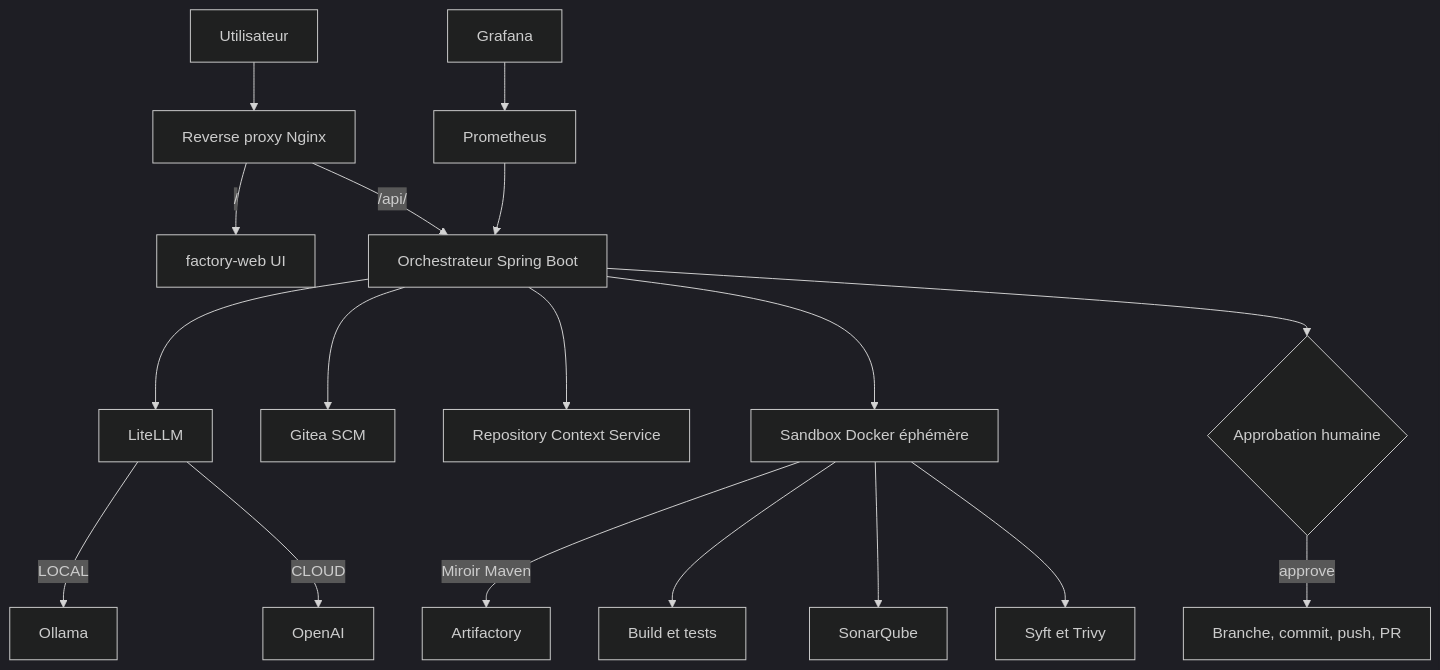
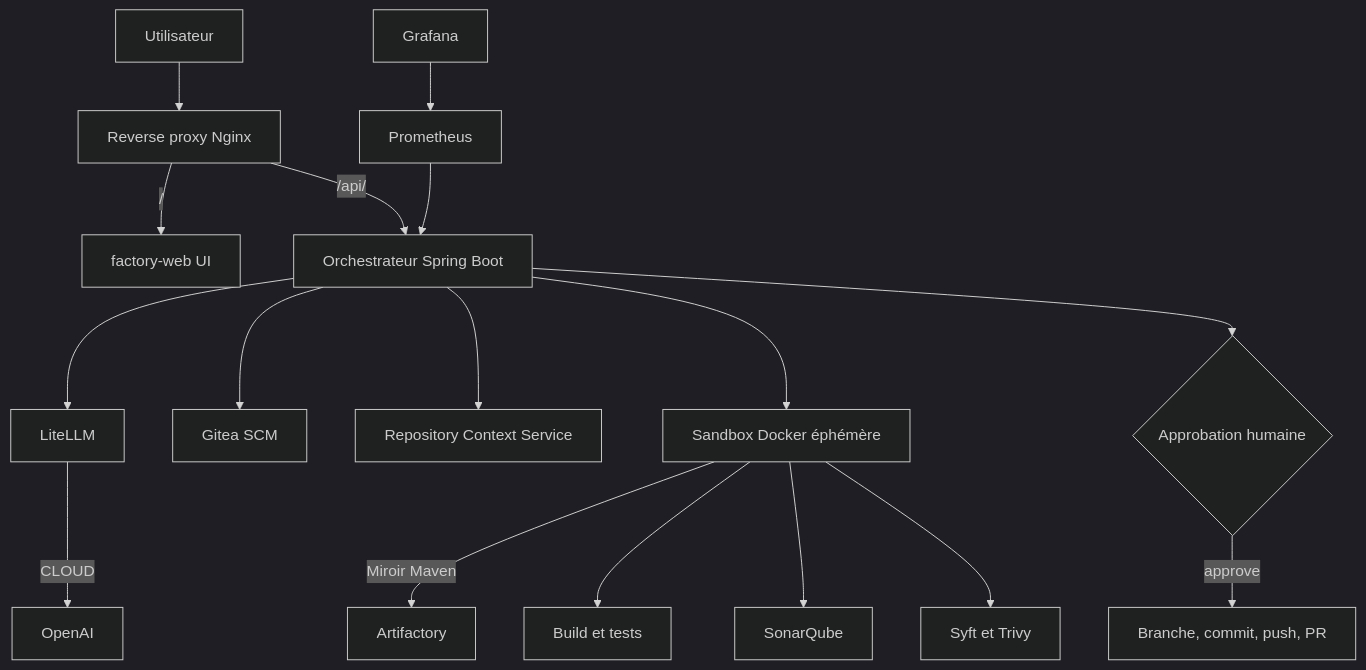
One commit to dbeaumont/ai-software-factory-local changed the first of 3 diagrams in docs/proto-architecture.md. Above: the diagram before and after it, drawn with Mermaid (dark theme). The commit also changed other lines of this file and 25 other files, not shown here.

Commit message:
feat(llm): retrait de ollama et llm local

````diff
--- a/docs/proto-architecture.md
+++ b/docs/proto-architecture.md
@@ -16,20 +16,19 @@
 ```mermaid
 flowchart TB
   USER[Utilisateur] --> PROXY[Reverse proxy Nginx]
   PROXY -->|/| WEB[factory-web UI]
   PROXY -->|/api/| ORCH[Orchestrateur Spring Boot]
   ORCH --> LLM[LiteLLM]
-  LLM -->|LOCAL| OLLAMA[Ollama]
   LLM -->|CLOUD| OPENAI[OpenAI]
   ORCH --> GITEA[Gitea SCM]
   ORCH --> CTX[Repository Context Service]
   ORCH --> SANDBOX[Sandbox Docker éphémère]
   SANDBOX -->|Miroir Maven| ARTIFACTORY[Artifactory]
   SANDBOX --> TESTS[Build et tests]
   SANDBOX --> SONAR[SonarQube]
   SANDBOX --> SEC[Syft et Trivy]
   ORCH --> APPROVAL{Approbation humaine}
   APPROVAL -->|approve| PR[Branche, commit, push, PR]
   PROM[Prometheus] --> ORCH
   GRAF[Grafana] --> PROM
 ```
````
